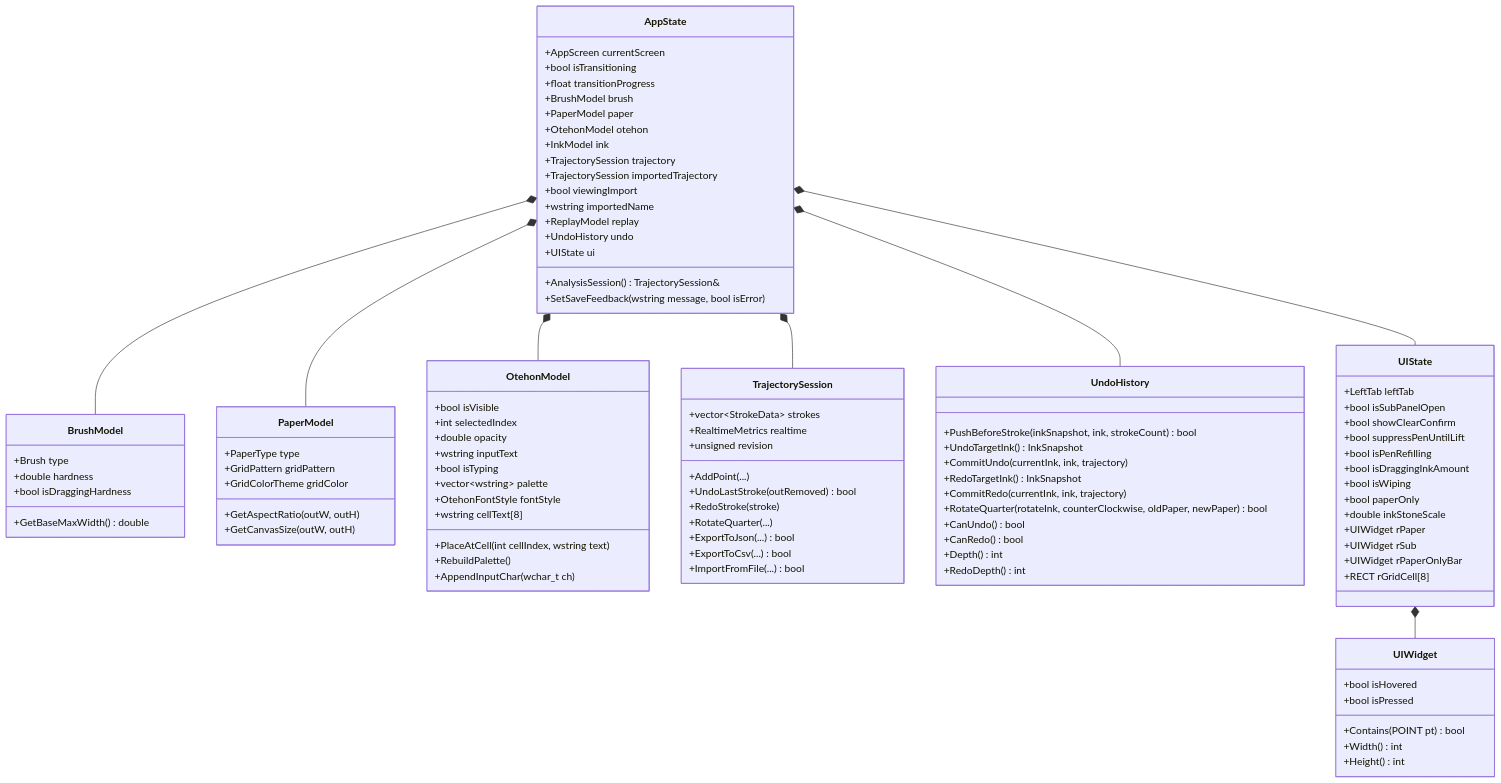
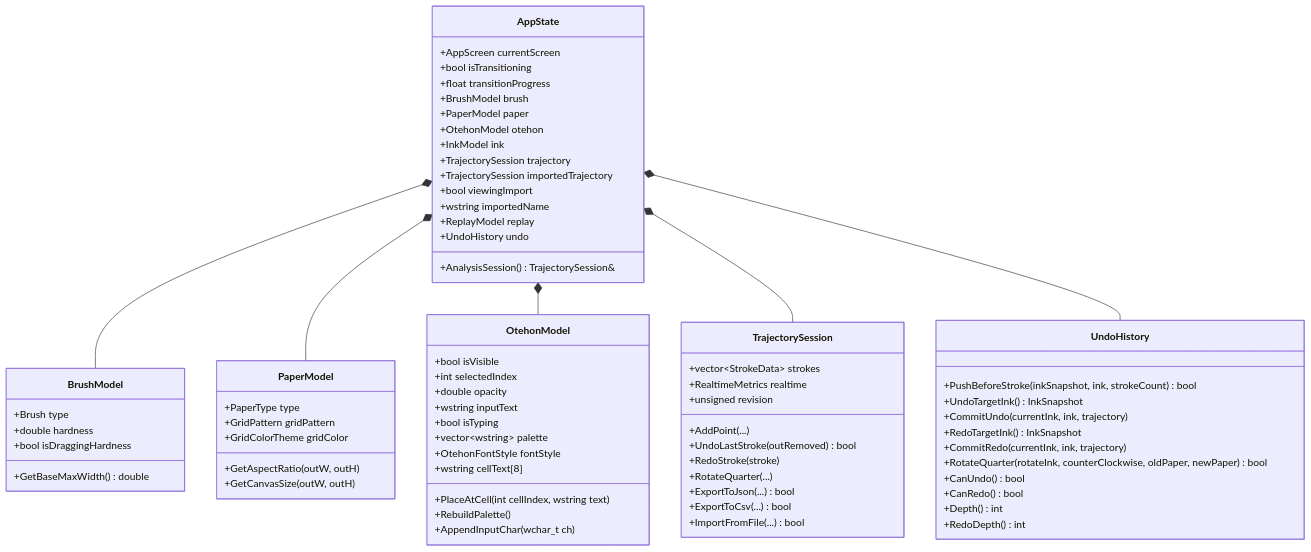
Before and after one commit to OkuboKazuki/Fude_Sense: the diagram in learn/models.md, drawn with Mermaid. The commit also changed other lines of this file and 6 other files, not shown here.

````diff
--- a/learn/models.md
+++ b/learn/models.md
@@ -24,9 +24,7 @@
         +wstring importedName
         +ReplayModel replay
         +UndoHistory undo
-        +UIState ui
         +AnalysisSession() TrajectorySession&
-        +SetSaveFeedback(wstring message, bool isError)
     }
 
     class BrushModel {
@@ -84,35 +82,9 @@
         +RedoDepth() int
     }
 
-    class UIState {
-        +LeftTab leftTab
-        +bool isSubPanelOpen
-        +bool showClearConfirm
-        +bool suppressPenUntilLift
-        +bool isPenRefilling
-        +bool isDraggingInkAmount
-        +bool isWiping
-        +bool paperOnly
-        +double inkStoneScale
-        +UIWidget rPaper
-        +UIWidget rSub
-        +UIWidget rPaperOnlyBar
-        +RECT rGridCell[8]
-    }
-
-    class UIWidget {
-        +bool isHovered
-        +bool isPressed
-        +Contains(POINT pt) bool
-        +Width() int
-        +Height() int
-    }
-
     AppState *-- BrushModel
     AppState *-- PaperModel
     AppState *-- OtehonModel
     AppState *-- TrajectorySession
     AppState *-- UndoHistory
-    AppState *-- UIState
-    UIState *-- UIWidget
 ```
````
